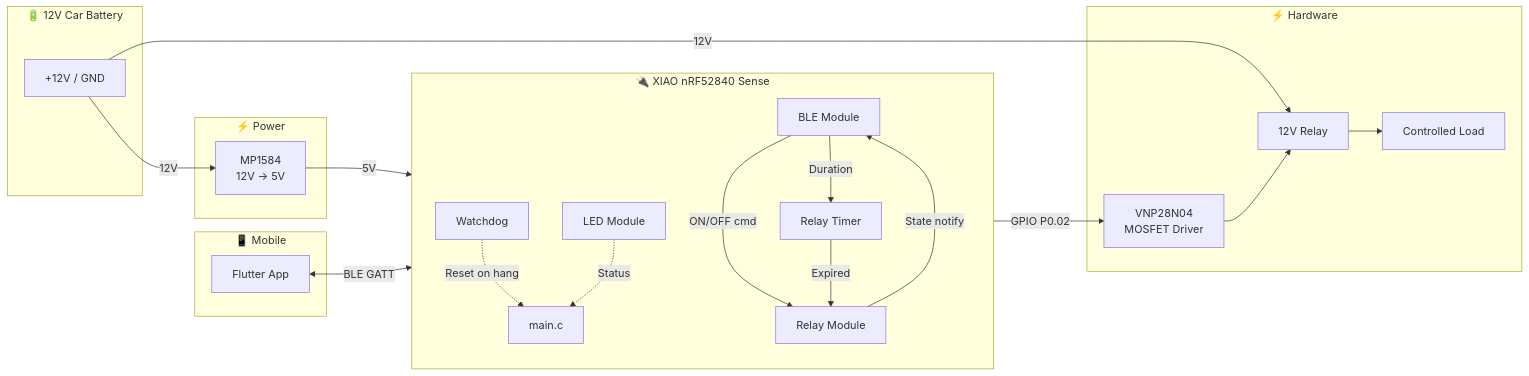
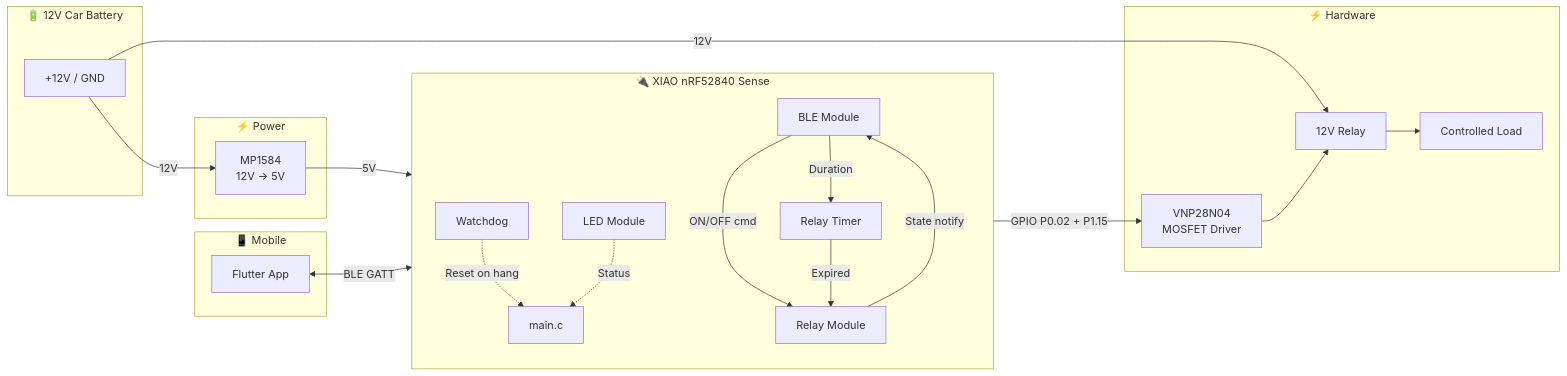
One commit to vabarcaPWR/xiao-remote-button changed the first of 3 diagrams in docs/architecture-firmware.md. Above: the diagram before and after it, drawn with Mermaid. The commit also changed other lines of this file and 5 other files, not shown here.

````diff
--- a/docs/architecture-firmware.md
+++ b/docs/architecture-firmware.md
@@ -12,44 +12,44 @@
 ```mermaid
 graph LR
     subgraph "🔋 12V Car Battery"
         BAT["+12V / GND"]
     end
 
     subgraph "📱 Mobile"
         APP[Flutter App]
     end
 
     subgraph "⚡ Power"
         BUCK[MP1584<br/>12V → 5V]
     end
 
     subgraph "🔌 XIAO nRF52840 Sense"
         direction TB
         MAIN[main.c]
         BLE[BLE Module]
         RELAY[Relay Module]
         LED[LED Module]
         TIMER[Relay Timer]
         WDT[Watchdog]
     end
 
     subgraph "⚡ Hardware"
         MOSFET[VNP28N04<br/>MOSFET Driver]
         RLY[12V Relay]
         LOAD[Controlled Load]
     end
 
     BAT -->|12V| BUCK
     BUCK -->|5V| MAIN
     BAT -->|12V| RLY
     APP <-->|BLE GATT| BLE
     BLE -->|ON/OFF cmd| RELAY
     BLE -->|Duration| TIMER
     TIMER -->|Expired| RELAY
-    RELAY -->|GPIO P0.02| MOSFET
+    RELAY -->|GPIO P0.02 + P1.15| MOSFET
     MOSFET --> RLY
     RLY --> LOAD
     WDT -.->|Reset on hang| MAIN
     RELAY -->|State notify| BLE
     LED -.->|Status| MAIN
 ```
````
